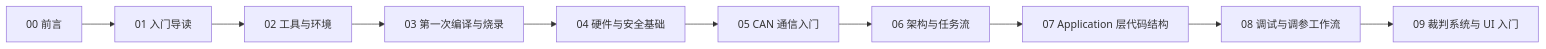
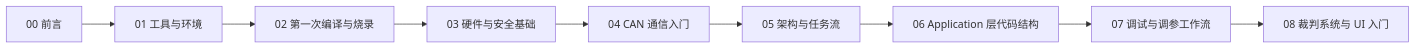
The diagram in docs/zh/robomaster/index.md (NYUSH-Robotics-Club/nyush-robotics-docs), drawn with Mermaid before and after one commit. The commit also changed other lines of this file and 11 other files, not shown here.

````diff
--- a/docs/zh/robomaster/index.md
+++ b/docs/zh/robomaster/index.md
@@ -38,12 +37,11 @@
 ```mermaid
 flowchart LR
-  A[00 前言] --> B[01 入门导读]
-  B --> C[02 工具与环境]
-  C --> D[03 第一次编译与烧录]
-  D --> E[04 硬件与安全基础]
-  E --> F[05 CAN 通信入门]
-  F --> G[06 架构与任务流]
-  G --> H[07 Application 层代码结构]
-  H --> I[08 调试与调参工作流]
-  I --> J[09 裁判系统与 UI 入门]
+  A[00 前言] --> C[01 工具与环境]
+  C --> D[02 第一次编译与烧录]
+  D --> E[03 硬件与安全基础]
+  E --> F[04 CAN 通信入门]
+  F --> G[05 架构与任务流]
+  G --> H[06 Application 层代码结构]
+  H --> I[07 调试与调参工作流]
+  I --> J[08 裁判系统与 UI 入门]
 ```
````
